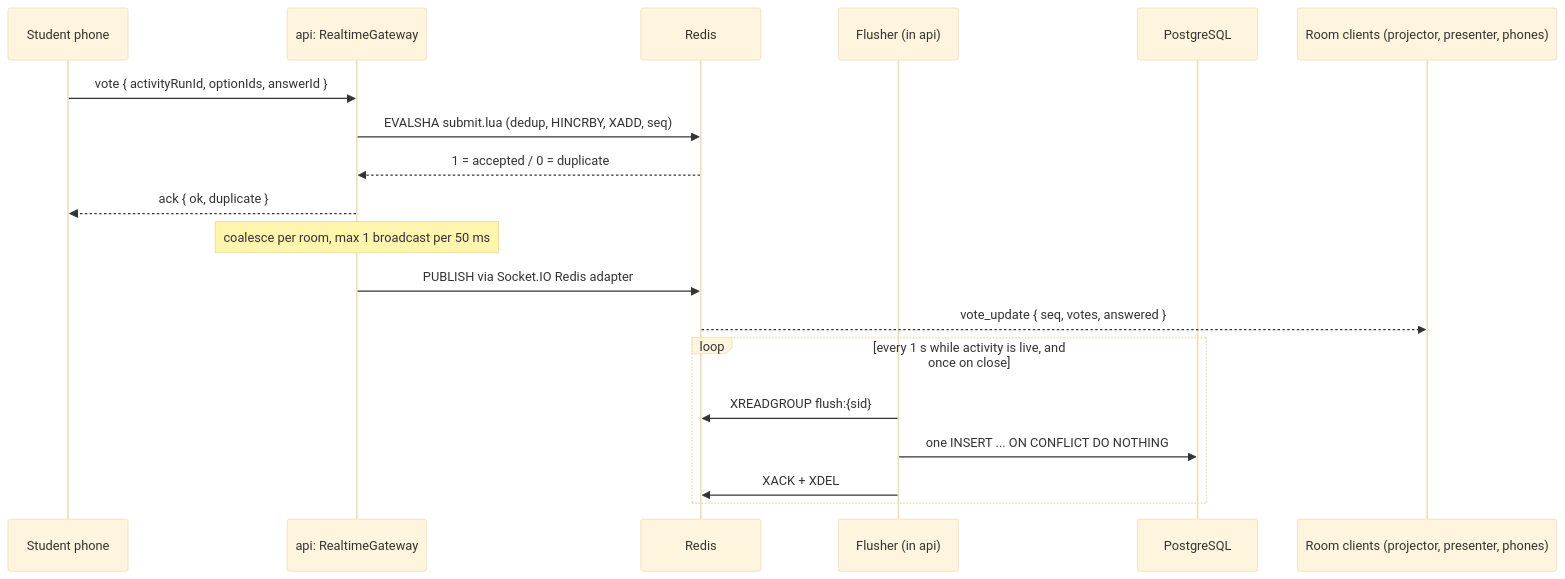
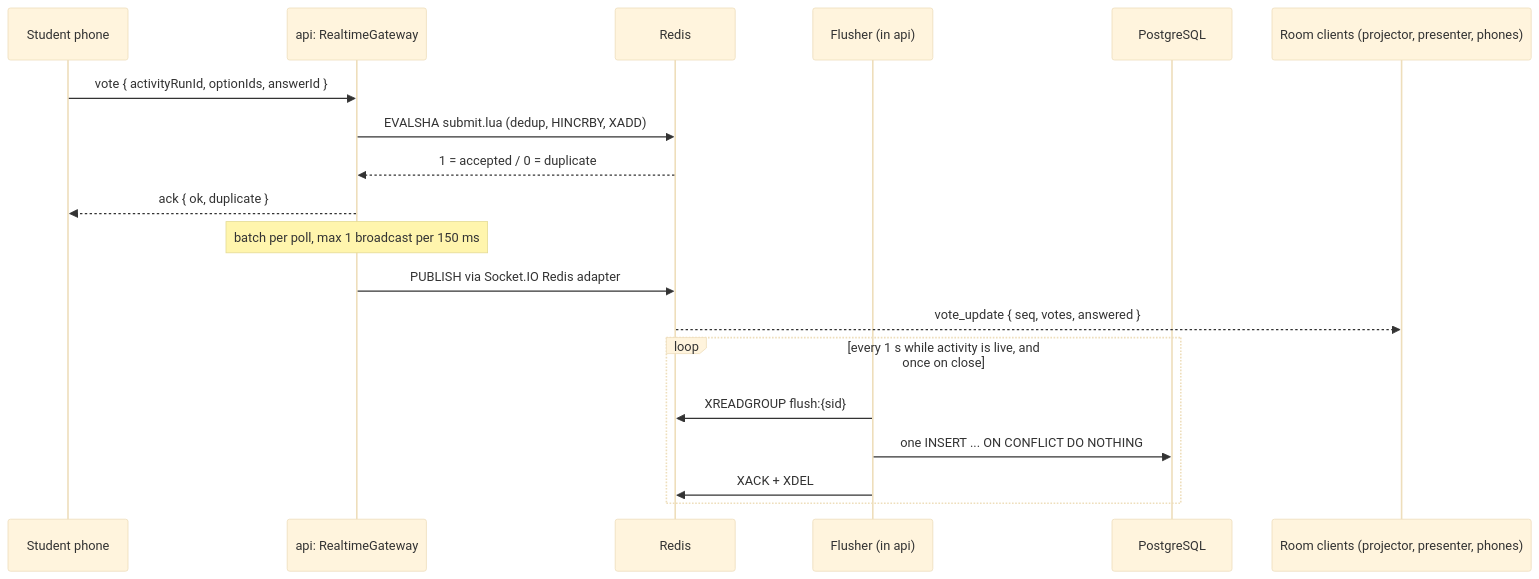
Before and after one commit to lnwwaveza007/ModDeck: the ninth of 9 diagrams in docs/exam02/technical-design.md, drawn with Mermaid (base theme). The commit also changed other lines of this file and 12 other files, not shown here.

````diff
--- a/docs/exam02/technical-design.md
+++ b/docs/exam02/technical-design.md
@@ -854,22 +854,22 @@
 ```mermaid
 sequenceDiagram
     participant Phone as Student phone
     participant GW as api: RealtimeGateway
     participant R as Redis
     participant F as Flusher (in api)
     participant DB as PostgreSQL
     participant Room as Room clients (projector, presenter, phones)
 
     Phone->>GW: vote { activityRunId, optionIds, answerId }
-    GW->>R: EVALSHA submit.lua (dedup, HINCRBY, XADD, seq)
+    GW->>R: EVALSHA submit.lua (dedup, HINCRBY, XADD)
     R-->>GW: 1 = accepted / 0 = duplicate
     GW-->>Phone: ack { ok, duplicate }
-    Note over GW: coalesce per room, max 1 broadcast per 50 ms
+    Note over GW: batch per poll, max 1 broadcast per 150 ms
     GW->>R: PUBLISH via Socket.IO Redis adapter
     R-->>Room: vote_update { seq, votes, answered }
     loop every 1 s while activity is live, and once on close
         F->>R: XREADGROUP flush:{sid}
         F->>DB: one INSERT ... ON CONFLICT DO NOTHING
         F->>R: XACK + XDEL
     end
 ```
````
